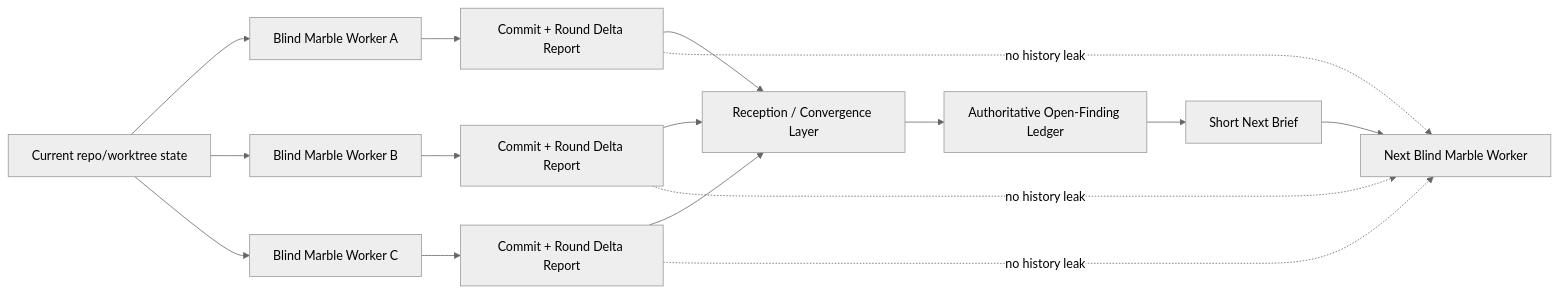
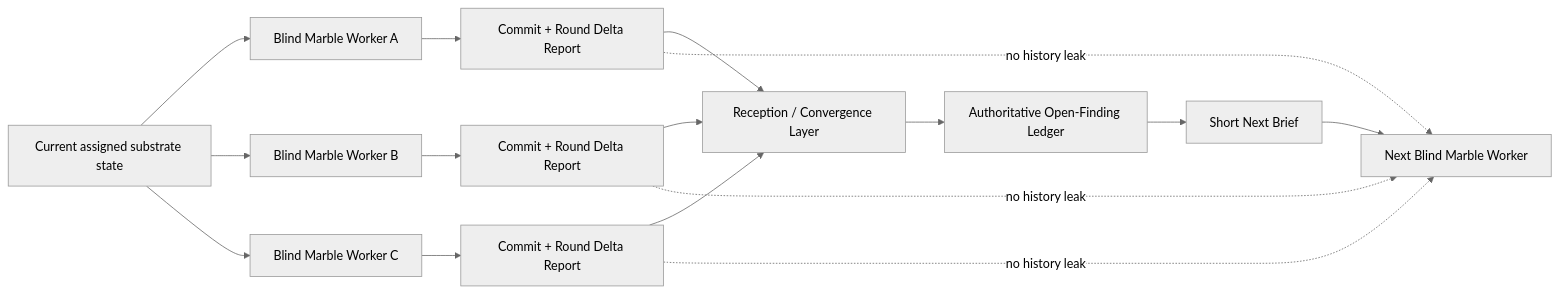
One commit to VetCoders/vibecrafted changed the diagram in skills/vc-marbles/RECEPTION.md. Above: the diagram before and after it, drawn with Mermaid (neutral theme). The commit also changed other lines of this file and 3 other files, not shown here.

Commit message:
marble: align marbles substrate contract

````diff
--- a/skills/vc-marbles/RECEPTION.md
+++ b/skills/vc-marbles/RECEPTION.md
@@ -237,22 +237,22 @@
 ```mermaid
 flowchart LR
-    A[Current repo/worktree state] --> B1[Blind Marble Worker A]
+    A[Current assigned substrate state] --> B1[Blind Marble Worker A]
     A --> B2[Blind Marble Worker B]
     A --> B3[Blind Marble Worker C]
 
     B1 --> C1[Commit + Round Delta Report]
     B2 --> C2[Commit + Round Delta Report]
     B3 --> C3[Commit + Round Delta Report]
 
     C1 --> D[Reception / Convergence Layer]
     C2 --> D
     C3 --> D
 
     D --> E[Authoritative Open-Finding Ledger]
     E --> F[Short Next Brief]
     F --> G[Next Blind Marble Worker]
 
     C1 -. no history leak .-> G
     C2 -. no history leak .-> G
     C3 -. no history leak .-> G
 ```
````
